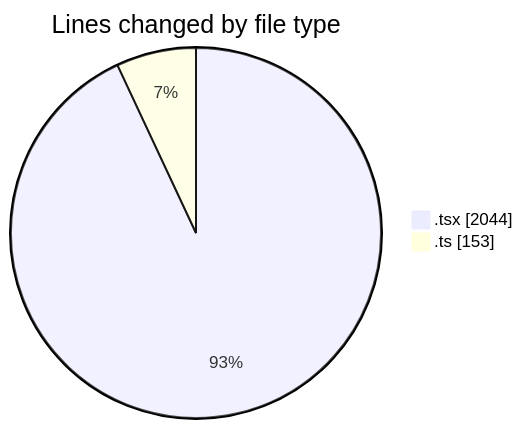
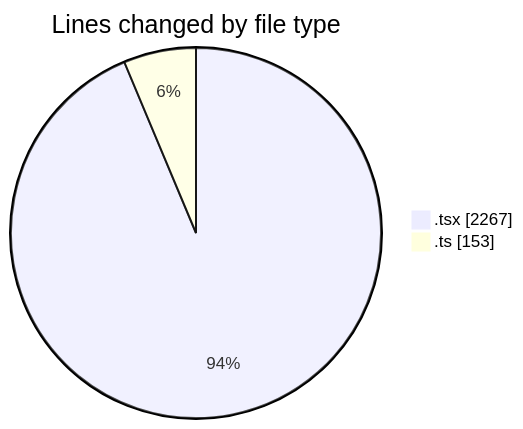
Before and after one commit to nxtqubesakshisongat/code-tracking: the first of 2 diagrams in 2026-03-27/nxtqube_webapp/README.md, drawn with Mermaid. The commit also changed other lines of this file and 1 other file, not shown here.

````diff
--- a/2026-03-27/nxtqube_webapp/README.md
+++ b/2026-03-27/nxtqube_webapp/README.md
@@ -23,6 +23,6 @@
 ```mermaid
 pie showData
 title Lines changed by file type
-".tsx" : 2044
+".tsx" : 2267
 ".ts" : 153
 ```
````
